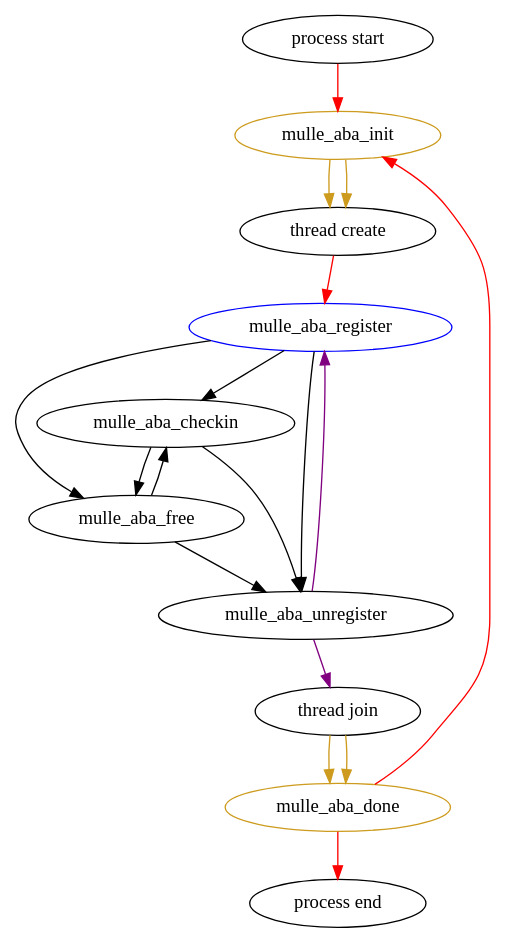
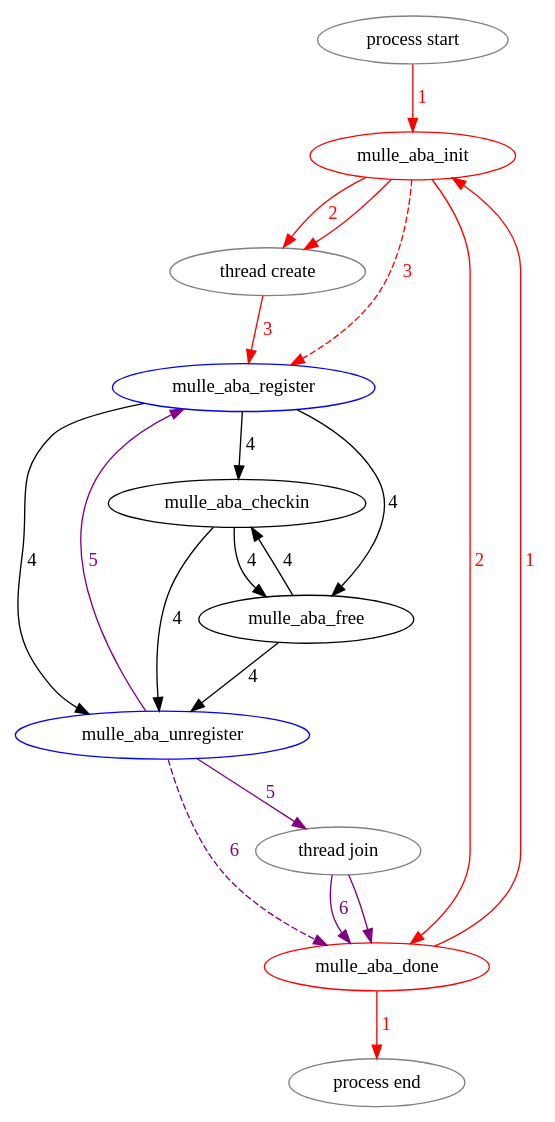
One commit to mulle-concurrent/mulle-aba changed the diagram in dox/process-thread.dot. Above: the diagram before and after it, drawn with Graphviz. The commit also changed 13 other files, not shown here.

```diff
--- a/dox/process-thread.dot
+++ b/dox/process-thread.dot
@@ -1,29 +1,40 @@
 digraph
 {
-	
-	"process start" -> "mulle_aba_init"      [color="red"];
+	"process start"					[color="gray"];
+	"process start" -> "mulle_aba_init"		[color="red" label=" 1" fontcolor="red"];
 
-	"mulle_aba_init" 			 [color="goldenrod3"];
-	"mulle_aba_init" ->  "thread create"     [color="goldenrod3"];
-	"mulle_aba_init" ->  "thread create"     [color="goldenrod3"];
-	"mulle_aba_done" 			 [color="goldenrod3"];
-	"mulle_aba_done" ->  "process end"       [color="red"];
-	"mulle_aba_done" ->  "mulle_aba_init"    [color="red"];
+	"mulle_aba_init"				[color="red"];
+	"mulle_aba_init" ->  "thread create"     	[color="red" label=" 2" fontcolor="red"];
+	"mulle_aba_init" ->  "thread create"		[color="red" ];
+	"mulle_aba_init" ->  "mulle_aba_register"	[color="red" label=" 3" style="dashed" fontcolor="red"];
+	"mulle_aba_init" ->  "mulle_aba_done"		[color="red" label=" 2" fontcolor="red"];
 
-	"thread join" -> "mulle_aba_done"        [color="goldenrod3"];
-	"thread join" -> "mulle_aba_done"        [color="goldenrod3"];
-	"thread create" ->  "mulle_aba_register" [color="red"];
+	"mulle_aba_done" 			 	[color="red"];
+	"mulle_aba_done" ->  "process end"       	[color="red" label=" 1" fontcolor="red"];
+	"mulle_aba_done" ->  "mulle_aba_init"    	[color="red" label=" 1" fontcolor="red"];
 
-	"mulle_aba_register" [color="blue"];
-	"mulle_aba_register" -> "mulle_aba_checkin";
-	"mulle_aba_register" -> "mulle_aba_free";
-	"mulle_aba_free" -> "mulle_aba_checkin";
-	"mulle_aba_checkin" -> "mulle_aba_free";
-	"mulle_aba_checkin" -> "mulle_aba_unregister";
-	"mulle_aba_free" -> "mulle_aba_unregister";
-	"mulle_aba_register" -> "mulle_aba_unregister";
-	"mulle_aba_unregister" -> "mulle_aba_register" [color="purple"];
+	"thread join"					[color="gray"];
+	"thread join" -> "mulle_aba_done"        	[color="purple"];
+	"thread join" -> "mulle_aba_done"        	[color="purple" label=" 6" fontcolor="purple"];
 
-	"mulle_aba_unregister" ->  "thread join" [color="purple"];
+	"thread create"					[color="gray"];
+	"thread create" ->  "mulle_aba_register" 	[color="red" label=" 3" fontcolor="red"];
+
+	"process end" 		                        [color="gray"];		
+	"mulle_aba_register" 			 	[color="blue"];
+	"mulle_aba_register" -> "mulle_aba_checkin"	[label=" 4"];
+	"mulle_aba_register" -> "mulle_aba_free"	[label=" 4"];
+	"mulle_aba_register" -> "mulle_aba_unregister"  [label=" 4"];
+
+	"mulle_aba_free" -> "mulle_aba_checkin"  	[label=" 4"];
+	"mulle_aba_free" -> "mulle_aba_unregister"      [label=" 4"];
+  
+	"mulle_aba_checkin" -> "mulle_aba_free"	 	[label=" 4"];
+	"mulle_aba_checkin" -> "mulle_aba_unregister"   [label=" 4"];
+
+	"mulle_aba_unregister" 				[color="blue"];
+	"mulle_aba_unregister" -> "mulle_aba_register"	[color="purple" label=" 5" fontcolor="purple"];
+	"mulle_aba_unregister" -> "thread join"		[color="purple" label=" 5" fontcolor="purple"];
+	"mulle_aba_unregister" -> "mulle_aba_done"	[color="purple" label=" 6" style="dashed" fontcolor="purple"];
 
 }
```
